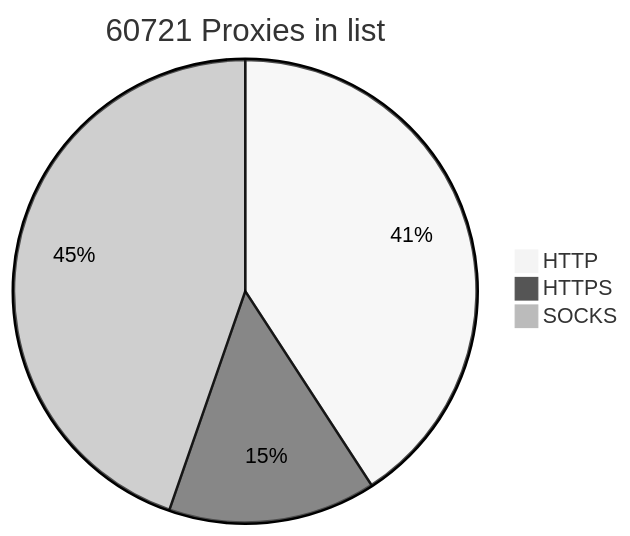
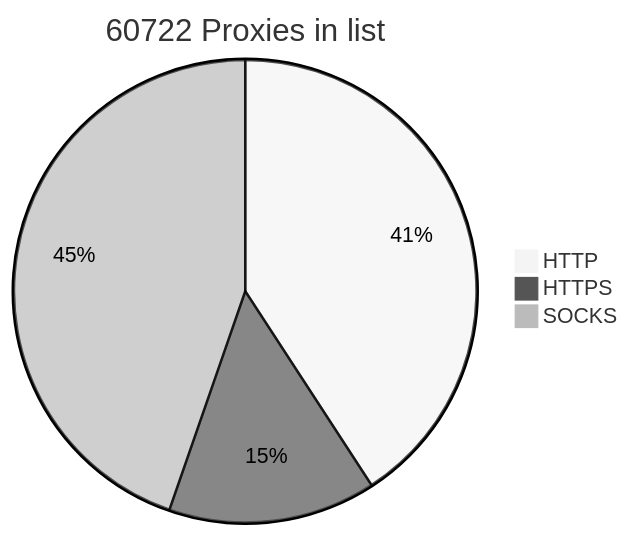
The diagram in README.md (BlackSnowDot/proxylist-update-every-minute), drawn with Mermaid (neutral theme) before and after one commit.

````diff
--- a/README.md
+++ b/README.md
@@ -2,6 +2,6 @@
 ```mermaid
-pie title 60721 Proxies in list
+pie title 60722 Proxies in list
     "HTTP" : 28071
-    "HTTPS": 9974
+    "HTTPS": 9975
     "SOCKS" : 30733
 ```
````
